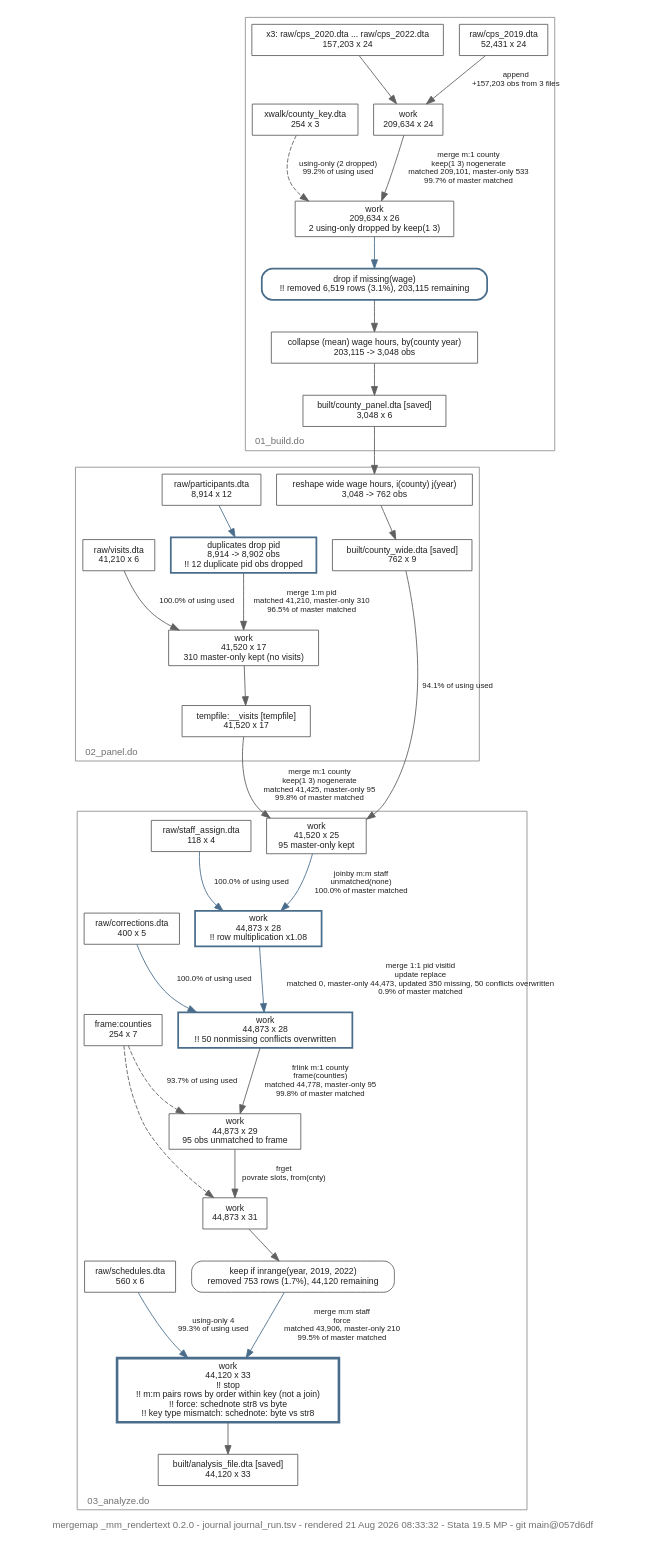
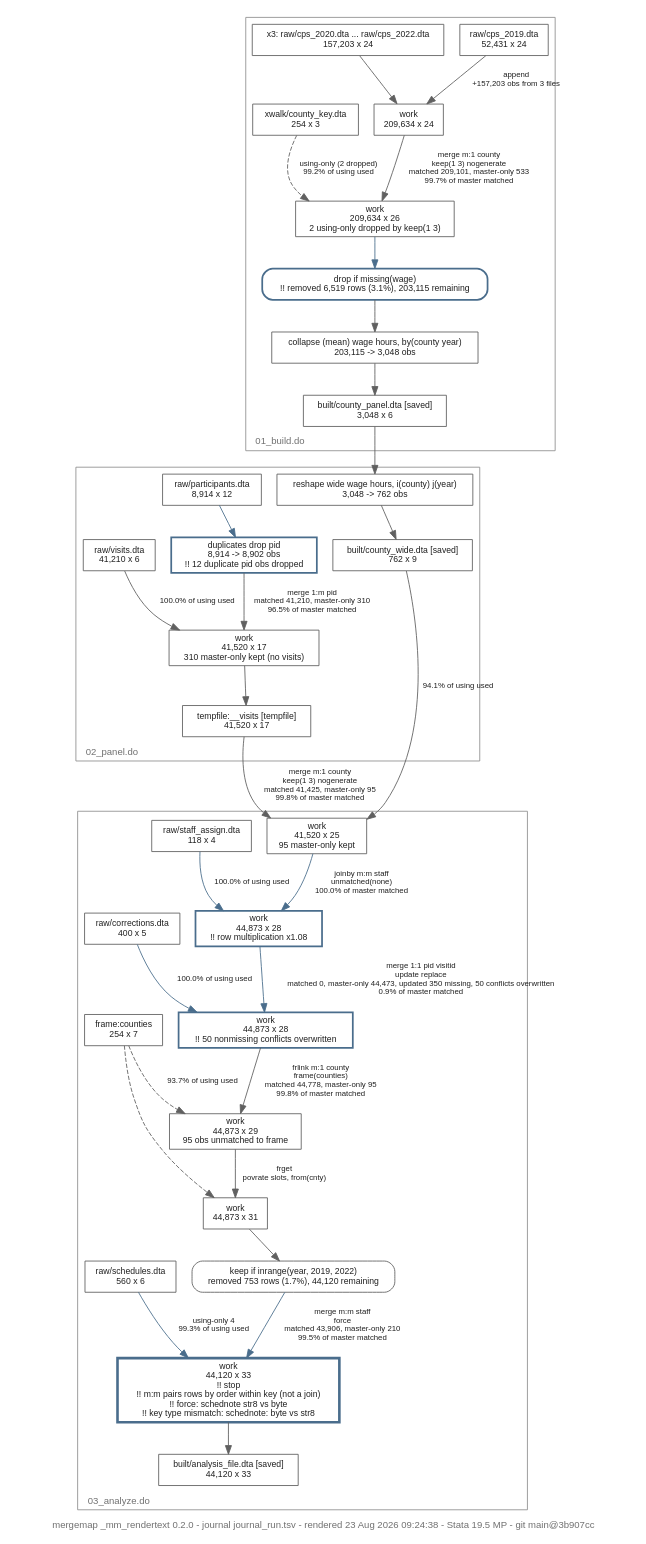
One commit to ericabooth/mergemap-stata-public changed the diagram in gallery/text_run_tb.dot. Above: the diagram before and after it, drawn with Graphviz. The commit also changed 53 other files, not shown here.

```diff
--- a/gallery/text_run_tb.dot
+++ b/gallery/text_run_tb.dot
@@ -1,74 +1,74 @@
-// mergemap _mm_rendertext 0.2.0 - journal journal_run.tsv - rendered 21 Aug 2026 08:33:32 - Stata 19.5 MP - git main@057d6df
+// mergemap _mm_rendertext 0.2.0 - journal journal_run.tsv - rendered 23 Aug 2026 09:24:38 - Stata 19.5 MP - git main@3b907cc
 // mergemap data-flow map of journal_run.tsv
 digraph mergemap {
   rankdir=TB;
-  graph [fontname="Helvetica", fontsize=11, labeljust="l", labelloc="b", fontcolor="#707070", label="mergemap _mm_rendertext 0.2.0 - journal journal_run.tsv - rendered 21 Aug 2026 08:33:32 - Stata 19.5 MP - git main@057d6df"];
+  graph [fontname="Helvetica", fontsize=11, labeljust="l", labelloc="b", fontcolor="#707070", label="mergemap _mm_rendertext 0.2.0 - journal journal_run.tsv - rendered 23 Aug 2026 09:24:38 - Stata 19.5 MP - git main@3b907cc"];
   node  [shape=box, fontname="Helvetica", fontsize=10, color="#606060", fontcolor="#202020"];
   edge  [fontname="Helvetica", fontsize=9, color="#606060", fontcolor="#202020"];
   subgraph cluster_1 {
     label="01_build.do";
     color="#909090";
     d6 [label="raw/cps_2019.dta\n52,431 x 24"];
     d7 [label="x3: raw/cps_2020.dta ... raw/cps_2022.dta\n157,203 x 24"];
     s2 [label="work\n209,634 x 24"];
     d13 [label="xwalk/county_key.dta\n254 x 3"];
     s3 [label="work\n209,634 x 26\n2 using-only dropped by keep(1 3)"];
     s4 [label="drop if missing(wage)\n!! removed 6,519 rows (3.1%), 203,115 remaining", style=rounded, color="#4a6d8c", penwidth=2];
     s5 [label="collapse (mean) wage hours, by(county year)\n203,115 -> 3,048 obs"];
     d2 [label="built/county_panel.dta [saved]\n3,048 x 6"];
   }
   subgraph cluster_2 {
     label="02_panel.do";
     color="#909090";
     d8 [label="raw/participants.dta\n8,914 x 12"];
     s8 [label="duplicates drop pid\n8,914 -> 8,902 obs\n!! 12 duplicate pid obs dropped", color="#4a6d8c", penwidth=2];
     d11 [label="raw/visits.dta\n41,210 x 6"];
     s9 [label="work\n41,520 x 17\n310 master-only kept (no visits)"];
     d12 [label="tempfile:__visits [tempfile]\n41,520 x 17"];
     s12 [label="reshape wide wage hours, i(county) j(year)\n3,048 -> 762 obs"];
     d3 [label="built/county_wide.dta [saved]\n762 x 9"];
   }
   subgraph cluster_3 {
     label="03_analyze.do";
     color="#909090";
     s15 [label="work\n41,520 x 25\n95 master-only kept"];
     d10 [label="raw/staff_assign.dta\n118 x 4"];
     s16 [label="work\n44,873 x 28\n!! row multiplication x1.08", color="#4a6d8c", penwidth=2];
     d5 [label="raw/corrections.dta\n400 x 5"];
     s17 [label="work\n44,873 x 28\n!! 50 nonmissing conflicts overwritten", color="#4a6d8c", penwidth=2];
     d4 [label="frame:counties\n254 x 7"];
     s18 [label="work\n44,873 x 29\n95 obs unmatched to frame"];
     s19 [label="work\n44,873 x 31"];
     s20 [label="keep if inrange(year, 2019, 2022)\nremoved 753 rows (1.7%), 44,120 remaining", style=rounded];
     d9 [label="raw/schedules.dta\n560 x 6"];
     s21 [label="work\n44,120 x 33\n!! stop\n!! m:m pairs rows by order within key (not a join)\n!! force: schednote str8 vs byte\n!! key type mismatch: schednote: byte vs str8", color="#4a6d8c", penwidth=3];
     d1 [label="built/analysis_file.dta [saved]\n44,120 x 33"];
   }
   d6 -> s2 [label="append\n+157,203 obs from 3 files"];
   d7 -> s2;
   s2 -> s3 [label="merge m:1 county\nkeep(1 3) nogenerate\nmatched 209,101, master-only 533\n99.7% of master matched"];
   d13 -> s3 [label="using-only (2 dropped)\n99.2% of using used", style=dashed];
   s3 -> s4 [color="#4a6d8c"];
   s4 -> s5;
   s5 -> d2;
   d8 -> s8 [color="#4a6d8c"];
   s8 -> s9 [label="merge 1:m pid\nmatched 41,210, master-only 310\n96.5% of master matched"];
   d11 -> s9 [label="100.0% of using used"];
   s9 -> d12;
   d2 -> s12;
   s12 -> d3;
   d12 -> s15 [label="merge m:1 county\nkeep(1 3) nogenerate\nmatched 41,425, master-only 95\n99.8% of master matched"];
   d3 -> s15 [label="94.1% of using used"];
   s15 -> s16 [label="joinby m:m staff\nunmatched(none)\n100.0% of master matched", color="#4a6d8c"];
   d10 -> s16 [label="100.0% of using used", color="#4a6d8c"];
   s16 -> s17 [label="merge 1:1 pid visitid\nupdate replace\nmatched 0, master-only 44,473, updated 350 missing, 50 conflicts overwritten\n0.9% of master matched", color="#4a6d8c"];
   d5 -> s17 [label="100.0% of using used", color="#4a6d8c"];
   s17 -> s18 [label="frlink m:1 county\nframe(counties)\nmatched 44,778, master-only 95\n99.8% of master matched"];
   d4 -> s18 [label="93.7% of using used", style=dashed];
   s18 -> s19 [label="frget\npovrate slots, from(cnty)"];
   d4 -> s19 [style=dashed];
   s19 -> s20;
   s20 -> s21 [label="merge m:m staff\nforce\nmatched 43,906, master-only 210\n99.5% of master matched", color="#4a6d8c"];
   d9 -> s21 [label="using-only 4\n99.3% of using used", color="#4a6d8c"];
   s21 -> d1;
 }
```
